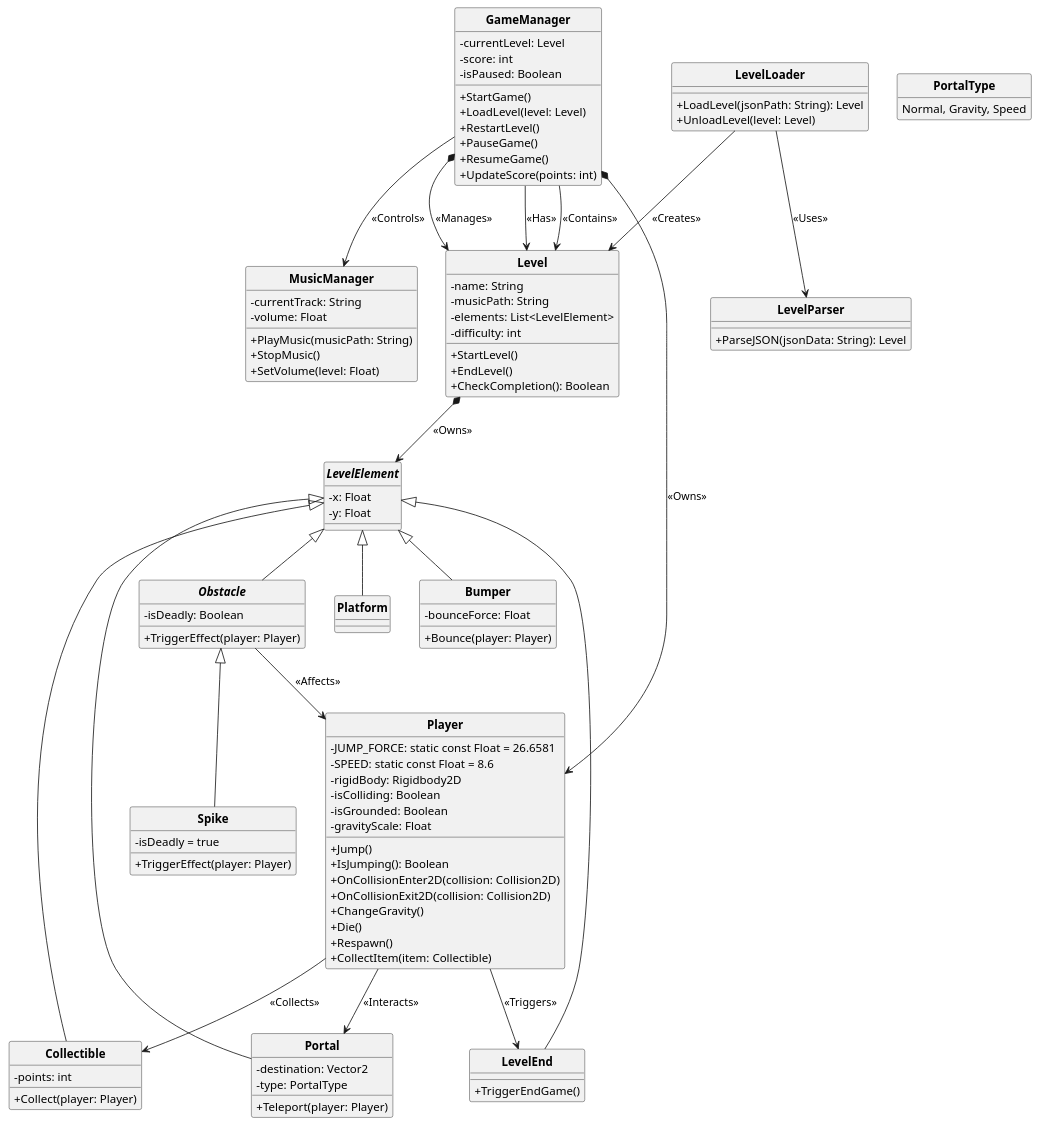
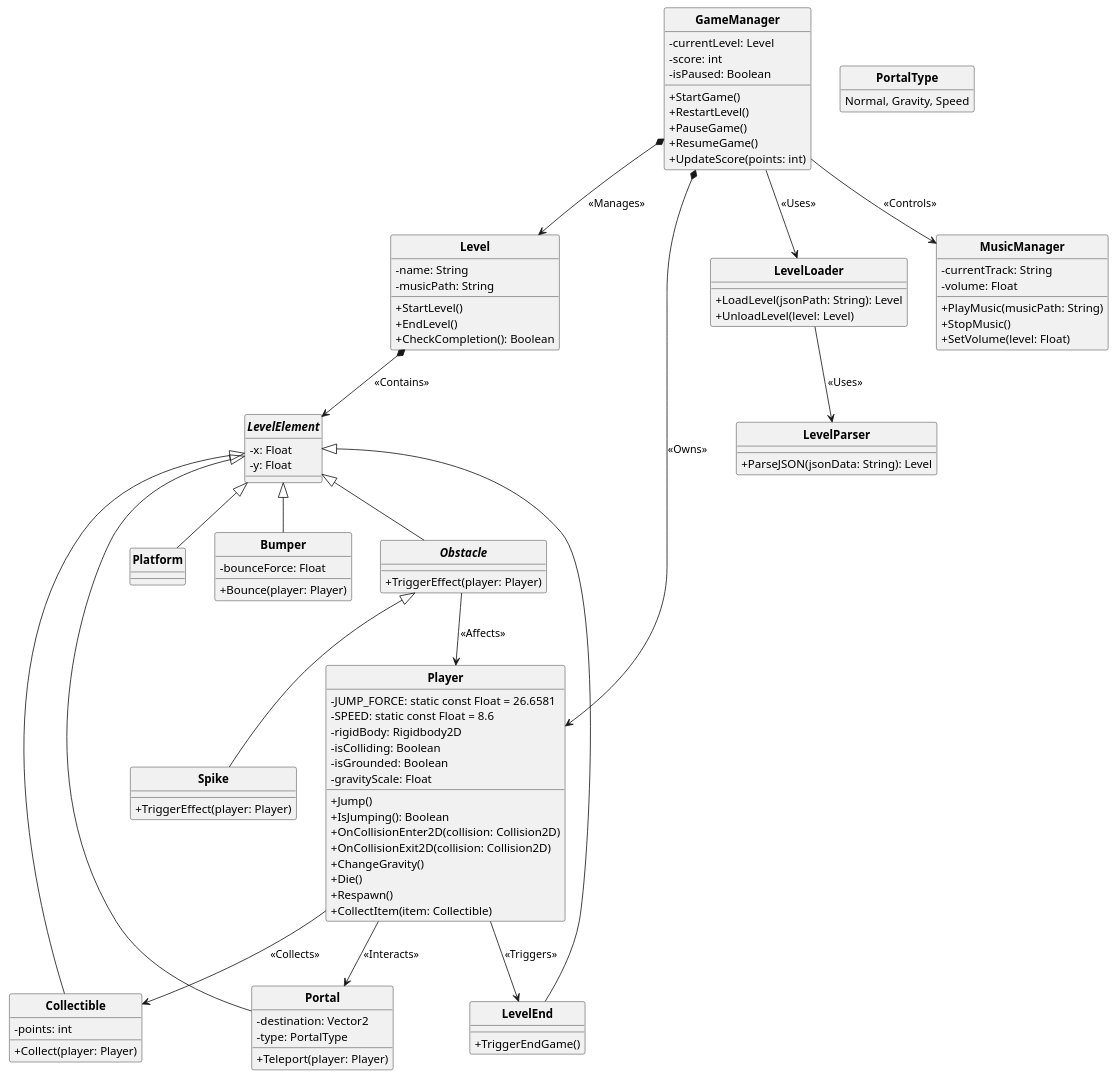
The diagram in Documentation/UML/class-diagram.puml (boudji-ludwig-pett/cnam-geometry-dash), drawn with PlantUML before and after one commit.

Commit message:
docs(class-diagram): remove useless elements

```diff
--- a/Documentation/UML/class-diagram.puml
+++ b/Documentation/UML/class-diagram.puml
@@ -1,119 +1,112 @@
-@startuml GeometryDash - Diagramme de classe
+@startuml Geometry Dash - Diagramme de classe
 
 skinparam style strictuml
 skinparam classAttributeIconSize 0
 skinparam classFontStyle Bold
 hide enum methods
 
 class GameManager {
   - currentLevel: Level
   - score: int
   - isPaused: Boolean
   + StartGame()
-  + LoadLevel(level: Level)
   + RestartLevel()
   + PauseGame()
   + ResumeGame()
   + UpdateScore(points: int)
 }
 
 class Level {
   - name: String
   - musicPath: String
-  - elements: List<LevelElement>
-  - difficulty: int
   + StartLevel()
   + EndLevel()
   + CheckCompletion(): Boolean
 }
 
 abstract class LevelElement {
   - x: Float
   - y: Float
 }
 
 abstract class Obstacle extends LevelElement {
-  - isDeadly: Boolean
   + TriggerEffect(player: Player)
 }
 
 class Platform extends LevelElement {
 }
 
 class Spike extends Obstacle {
-  - isDeadly = true
   + TriggerEffect(player: Player)
 }
 
 class Portal extends LevelElement {
   - destination: Vector2
   - type: PortalType
   + Teleport(player: Player)
 }
 
 enum PortalType {
   Normal, Gravity, Speed
 }
 
 class Bumper extends LevelElement {
   - bounceForce: Float
   + Bounce(player: Player)
 }
 
 class LevelEnd extends LevelElement {
   + TriggerEndGame()
 }
 
 class Collectible extends LevelElement {
   - points: int
   + Collect(player: Player)
 }
 
 class Player {
   - JUMP_FORCE: static const Float = 26.6581
   - SPEED: static const Float = 8.6
   - rigidBody: Rigidbody2D
   - isColliding: Boolean
   - isGrounded: Boolean
   - gravityScale: Float
   + Jump()
   + IsJumping(): Boolean
   + OnCollisionEnter2D(collision: Collision2D)
   + OnCollisionExit2D(collision: Collision2D)
   + ChangeGravity()
   + Die()
   + Respawn()
   + CollectItem(item: Collectible)
 }
 
 class LevelLoader {
   + LoadLevel(jsonPath: String): Level
   + UnloadLevel(level: Level)
 }
 
 class LevelParser {
   + ParseJSON(jsonData: String): Level
 }
 
 class MusicManager {
   - currentTrack: String
   - volume: Float
   + PlayMusic(musicPath: String)
   + StopMusic()
   + SetVolume(level: Float)
 }
 
 GameManager *--> Level : <<Manages>>
-GameManager --> Level : <<Has>>
-Level *--> LevelElement : <<Owns>>
+GameManager --> LevelLoader : <<Uses>>
+LevelLoader --> LevelParser : <<Uses>>
+Level *--> LevelElement : <<Contains>>
 GameManager *--> Player : <<Owns>>
-LevelLoader --> Level : <<Creates>>
-LevelLoader --> LevelParser : <<Uses>>
 GameManager --> MusicManager : <<Controls>>
 Player --> LevelEnd : <<Triggers>>
 Player --> Portal : <<Interacts>>
 Player --> Collectible : <<Collects>>
 Obstacle --> Player : <<Affects>>
-GameManager --> Level : <<Contains>>
 
 @enduml
```
